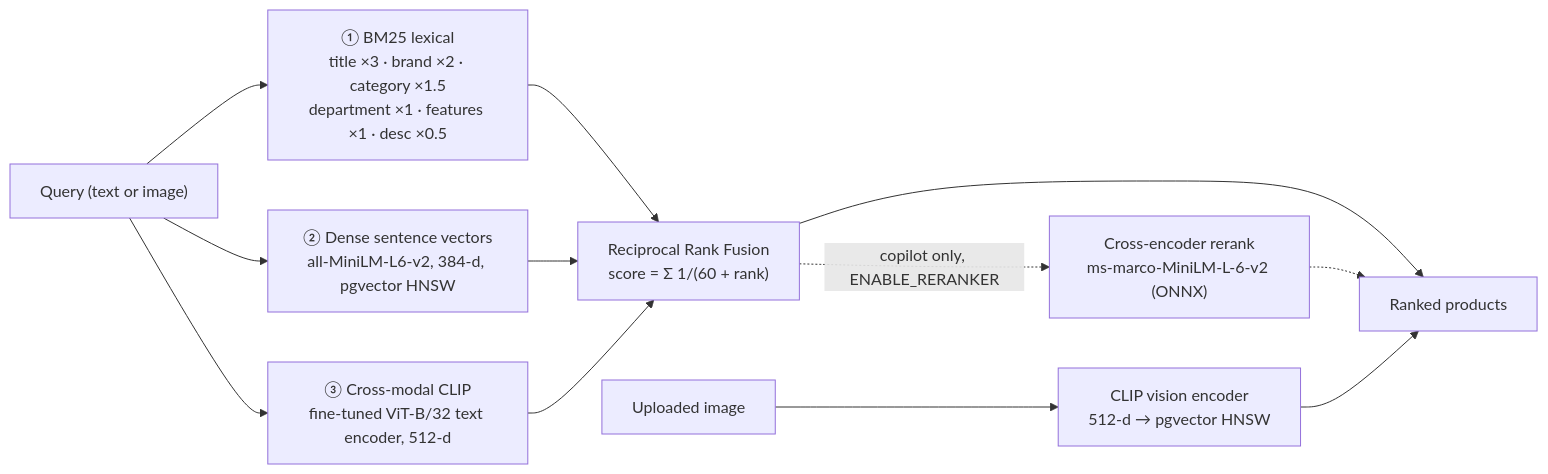
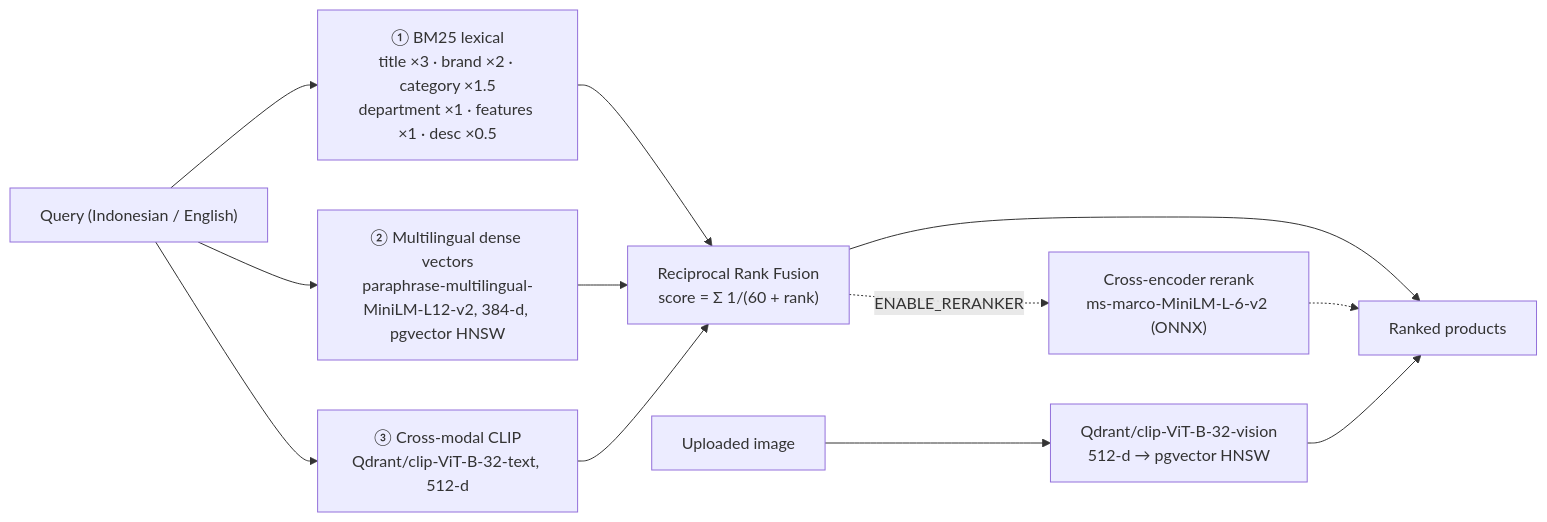
Before and after one commit to marknshoot/toko-marcell: the second of 4 diagrams in README.md, drawn with Mermaid. The commit also changed other lines of this file and 3 other files, not shown here.

Commit message:
docs: refresh architecture, benchmarks, and READMEs for engineering refocus & RAGAS

````diff
--- a/README.md
+++ b/README.md
@@ -328,14 +245,14 @@
 ```mermaid
 flowchart LR
-    Q["Query (text or image)"] --> BM25["① BM25 lexical<br/>title ×3 · brand ×2 · category ×1.5<br/>department ×1 · features ×1 · desc ×0.5"]
-    Q --> Dense["② Dense sentence vectors<br/>all-MiniLM-L6-v2, 384-d, pgvector HNSW"]
-    Q --> Visual["③ Cross-modal CLIP<br/>fine-tuned ViT-B/32 text encoder, 512-d"]
-    Img["Uploaded image"] --> Vision["CLIP vision encoder<br/>512-d → pgvector HNSW"]
+    Q["Query (Indonesian / English)"] --> BM25["① BM25 lexical<br/>title ×3 · brand ×2 · category ×1.5<br/>department ×1 · features ×1 · desc ×0.5"]
+    Q --> Dense["② Multilingual dense vectors<br/>paraphrase-multilingual-MiniLM-L12-v2, 384-d, pgvector HNSW"]
+    Q --> Visual["③ Cross-modal CLIP<br/>Qdrant/clip-ViT-B-32-text, 512-d"]
+    Img["Uploaded image"] --> Vision["Qdrant/clip-ViT-B-32-vision<br/>512-d → pgvector HNSW"]
     BM25 --> RRF["Reciprocal Rank Fusion<br/>score = Σ 1/(60 + rank)"]
     Dense --> RRF
     Visual --> RRF
     RRF --> Out["Ranked products"]
-    RRF -. "copilot only, ENABLE_RERANKER" .-> CE["Cross-encoder rerank<br/>ms-marco-MiniLM-L-6-v2 (ONNX)"]
+    RRF -. "ENABLE_RERANKER" .-> CE["Cross-encoder rerank<br/>ms-marco-MiniLM-L-6-v2 (ONNX)"]
     CE -.-> Out
     Vision --> Out
 ```
````
